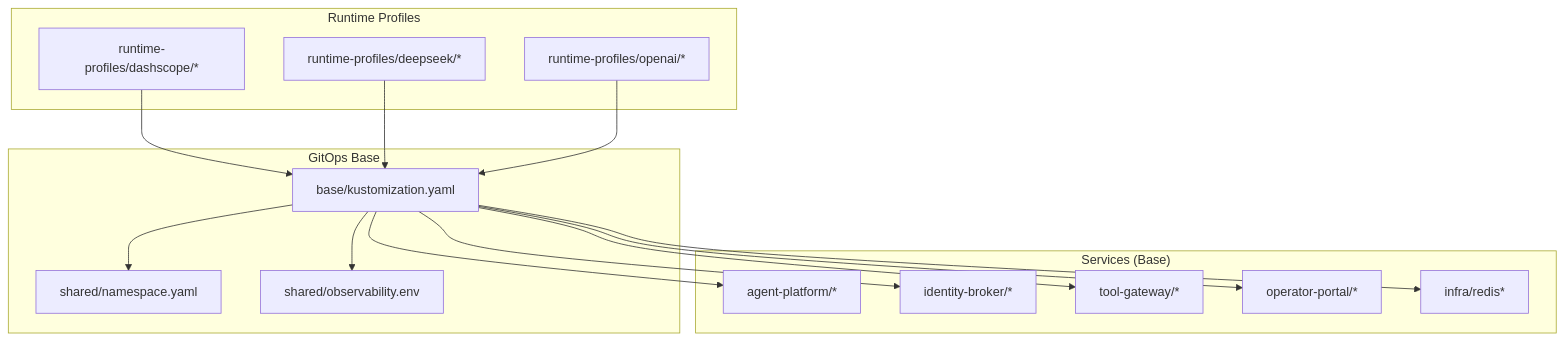
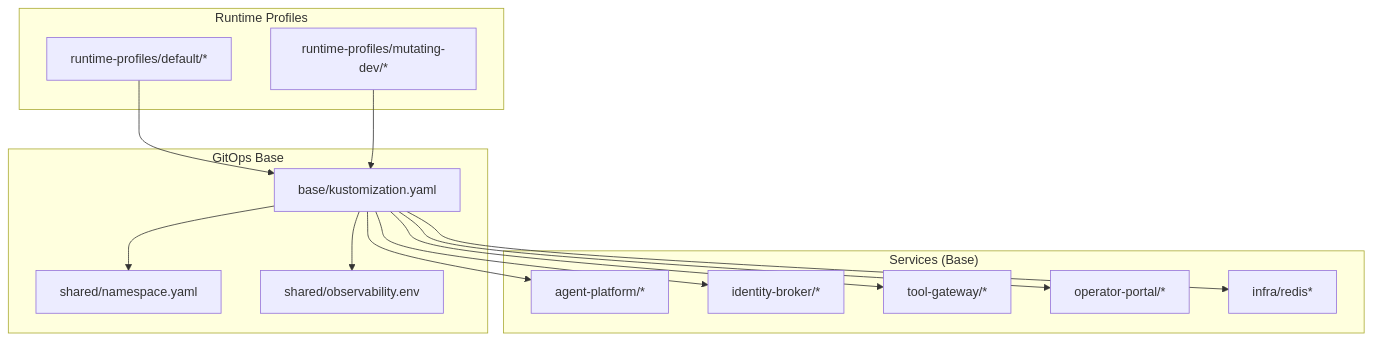
Before and after one commit to metasync/luban-aiops: the first of 4 diagrams in .qoder/repowiki/en/content/Architecture Documentation/Deployment Topology & Infrastructure.md, drawn with Mermaid. The commit also changed other lines of this file and 18 other files, not shown here.

````diff
--- a/.qoder/repowiki/en/content/Architecture Documentation/Deployment Topology & Infrastructure.md
+++ b/.qoder/repowiki/en/content/Architecture Documentation/Deployment Topology & Infrastructure.md
@@ -86,30 +84,28 @@
 ```mermaid
 graph TB
 subgraph "GitOps Base"
 BASE["base/kustomization.yaml"]
 NS["shared/namespace.yaml"]
 OBS["shared/observability.env"]
 end
 subgraph "Services (Base)"
 AG["agent-platform/*"]
 ID["identity-broker/*"]
 TG["tool-gateway/*"]
 OP["operator-portal/*"]
 INFRA["infra/redis*"]
 end
 subgraph "Runtime Profiles"
-DP["runtime-profiles/dashscope/*"]
-DS["runtime-profiles/deepseek/*"]
-OA["runtime-profiles/openai/*"]
+DP["runtime-profiles/default/*"]
+MD["runtime-profiles/mutating-dev/*"]
 end
 BASE --> NS
 BASE --> OBS
 BASE --> AG
 BASE --> ID
 BASE --> TG
 BASE --> OP
 BASE --> INFRA
 DP --> BASE
-DS --> BASE
-OA --> BASE
+MD --> BASE
 ```
````
